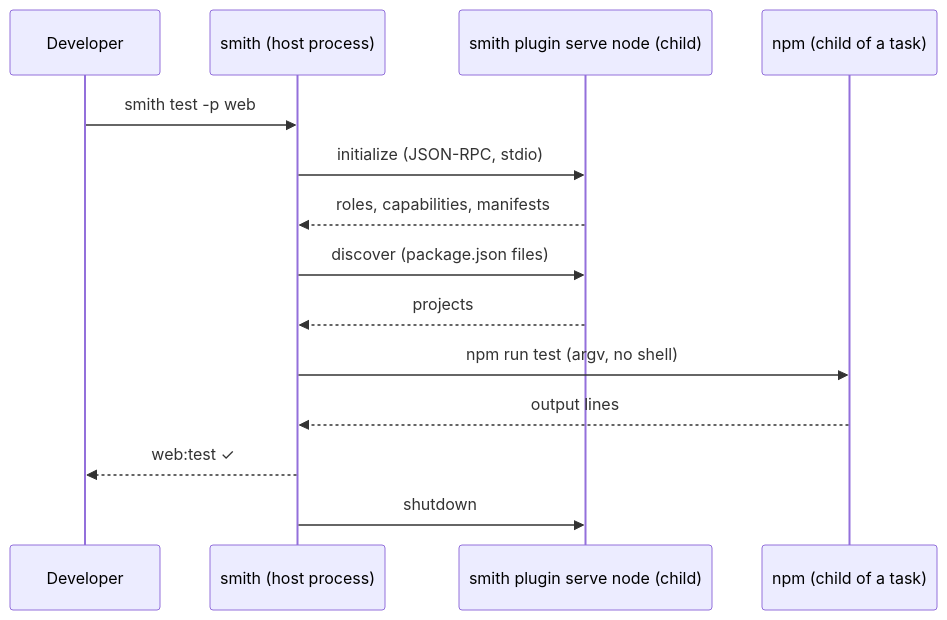
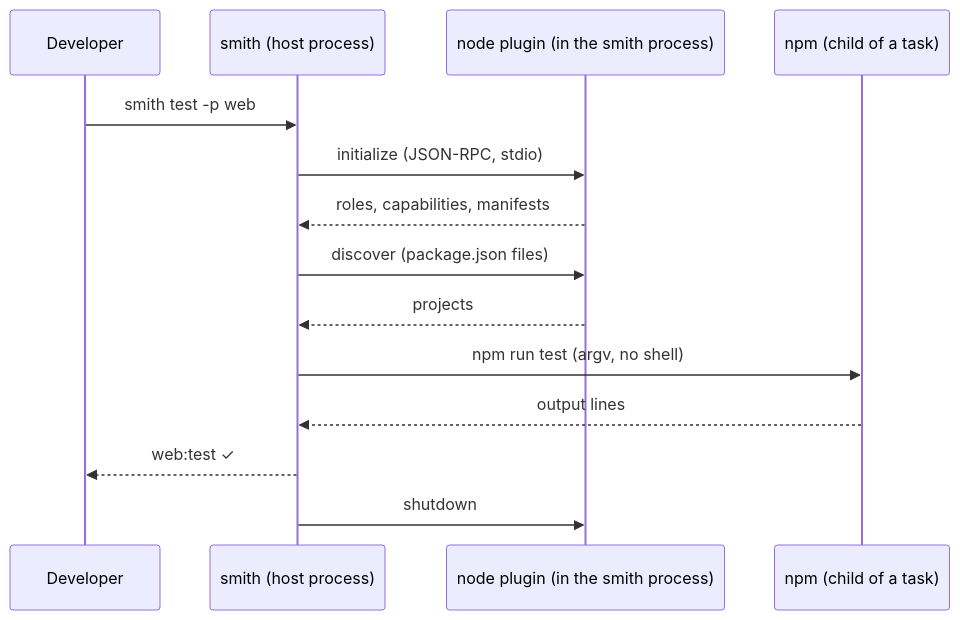
One commit to monosmith-app/monosmith changed the third of 3 diagrams in docs/architecture/system-context.md. Above: the diagram before and after it, drawn with Mermaid. The commit also changed other lines of this file and 9 other files, not shown here.

First line of the commit message:
perf(plugins): built-in plugins run in the smith process, not one process each

````diff
--- a/docs/architecture/system-context.md
+++ b/docs/architecture/system-context.md
@@ -125,16 +125,16 @@
 ```mermaid
 sequenceDiagram
   participant U as Developer
   participant S as smith (host process)
-  participant P as smith plugin serve node (child)
+  participant P as node plugin (in the smith process)
   participant T as npm (child of a task)
   U->>S: smith test -p web
   S->>P: initialize (JSON-RPC, stdio)
   P-->>S: roles, capabilities, manifests
   S->>P: discover (package.json files)
   P-->>S: projects
   S->>T: npm run test (argv, no shell)
   T-->>S: output lines
   S-->>U: web:test ✓
   S->>P: shutdown
 ```
````
